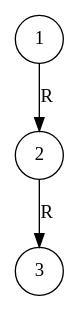
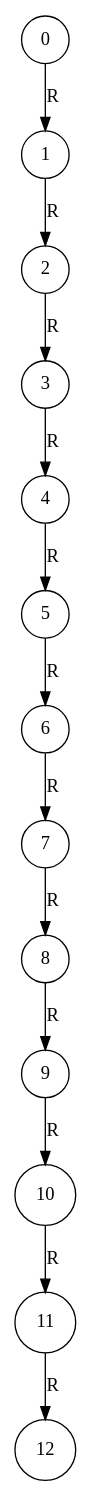
One commit to HenryD11703/EDD_PROYECTO2_202004071 changed the diagram in executable/ABBgraph.dot. Above: the diagram before and after it, drawn with Graphviz. The commit also changed 9 other files, not shown here.

```diff
--- a/executable/ABBgraph.dot
+++ b/executable/ABBgraph.dot
@@ -1,8 +1,28 @@
 digraph G{
 node [shape=circle];
-"2211855358304"[label="1"];
-"2211855358576"[label="2"];
-"2211855358944"[label="3"];
-"2211855358304" -> "2211855358576" [label = "R"];
-"2211855358576" -> "2211855358944" [label = "R"];
+"2172638100592"[label="0"];
+"2172625269312"[label="1"];
+"2172625190992"[label="2"];
+"2172625227888"[label="3"];
+"2172637791696"[label="4"];
+"2172637903440"[label="5"];
+"2172625181456"[label="6"];
+"2172625177312"[label="7"];
+"2172637783504"[label="8"];
+"2172638048048"[label="9"];
+"2172625226736"[label="10"];
+"2172623084448"[label="11"];
+"2172638023344"[label="12"];
+"2172638100592" -> "2172625269312" [label = "R"];
+"2172625269312" -> "2172625190992" [label = "R"];
+"2172625190992" -> "2172625227888" [label = "R"];
+"2172625227888" -> "2172637791696" [label = "R"];
+"2172637791696" -> "2172637903440" [label = "R"];
+"2172637903440" -> "2172625181456" [label = "R"];
+"2172625181456" -> "2172625177312" [label = "R"];
+"2172625177312" -> "2172637783504" [label = "R"];
+"2172637783504" -> "2172638048048" [label = "R"];
+"2172638048048" -> "2172625226736" [label = "R"];
+"2172625226736" -> "2172623084448" [label = "R"];
+"2172623084448" -> "2172638023344" [label = "R"];
 }
```
